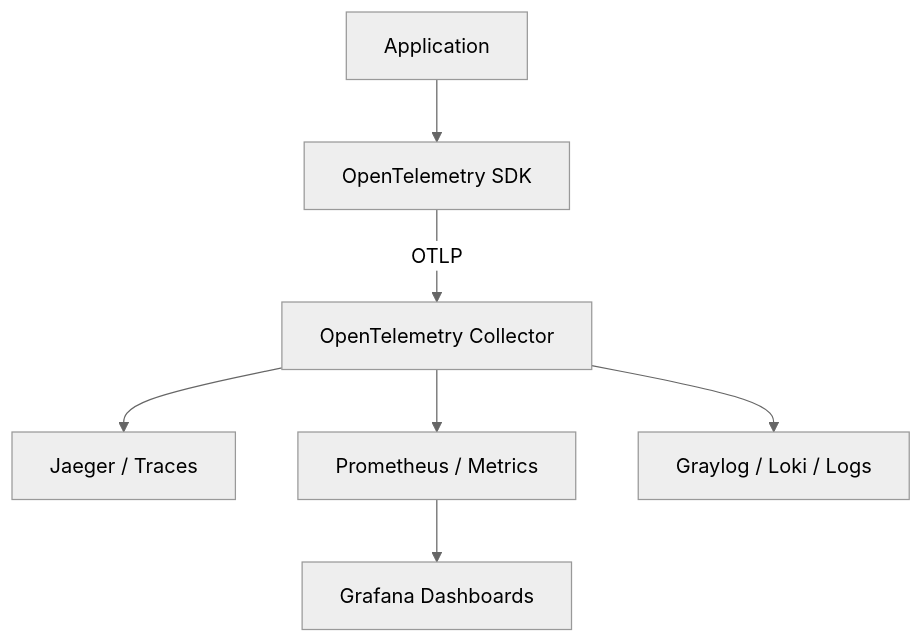
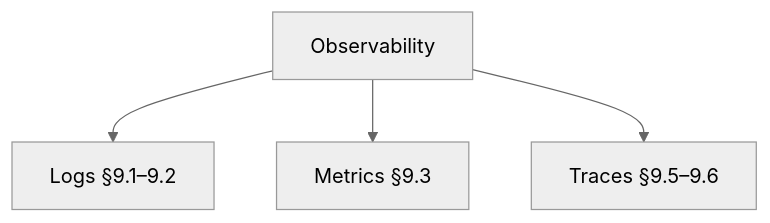
The first of 5 diagrams in 09-observability/README.md (hareramcse/SystemDesign), drawn with Mermaid (neutral theme) before and after one commit. The commit also changed other lines of this file, not shown here.

````diff
--- a/09-observability/README.md
+++ b/09-observability/README.md
@@ -69,9 +17,7 @@
 ```mermaid
 flowchart TB
-    App[Application] --> OTel[OpenTelemetry SDK]
-    OTel -->|OTLP| Col[OpenTelemetry Collector]
-    Col --> J[Jaeger / Traces]
-    Col --> P[Prometheus / Metrics]
-    Col --> G[Graylog / Loki / Logs]
-    P --> Graf[Grafana Dashboards]
+    O[Observability]
+    O --> L[Logs §9.1–9.2]
+    O --> M[Metrics §9.3]
+    O --> T[Traces §9.5–9.6]
 ```
````
